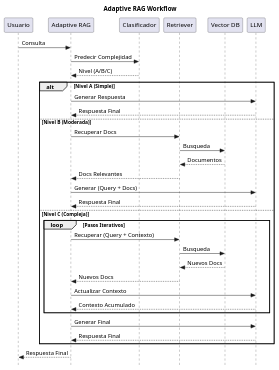
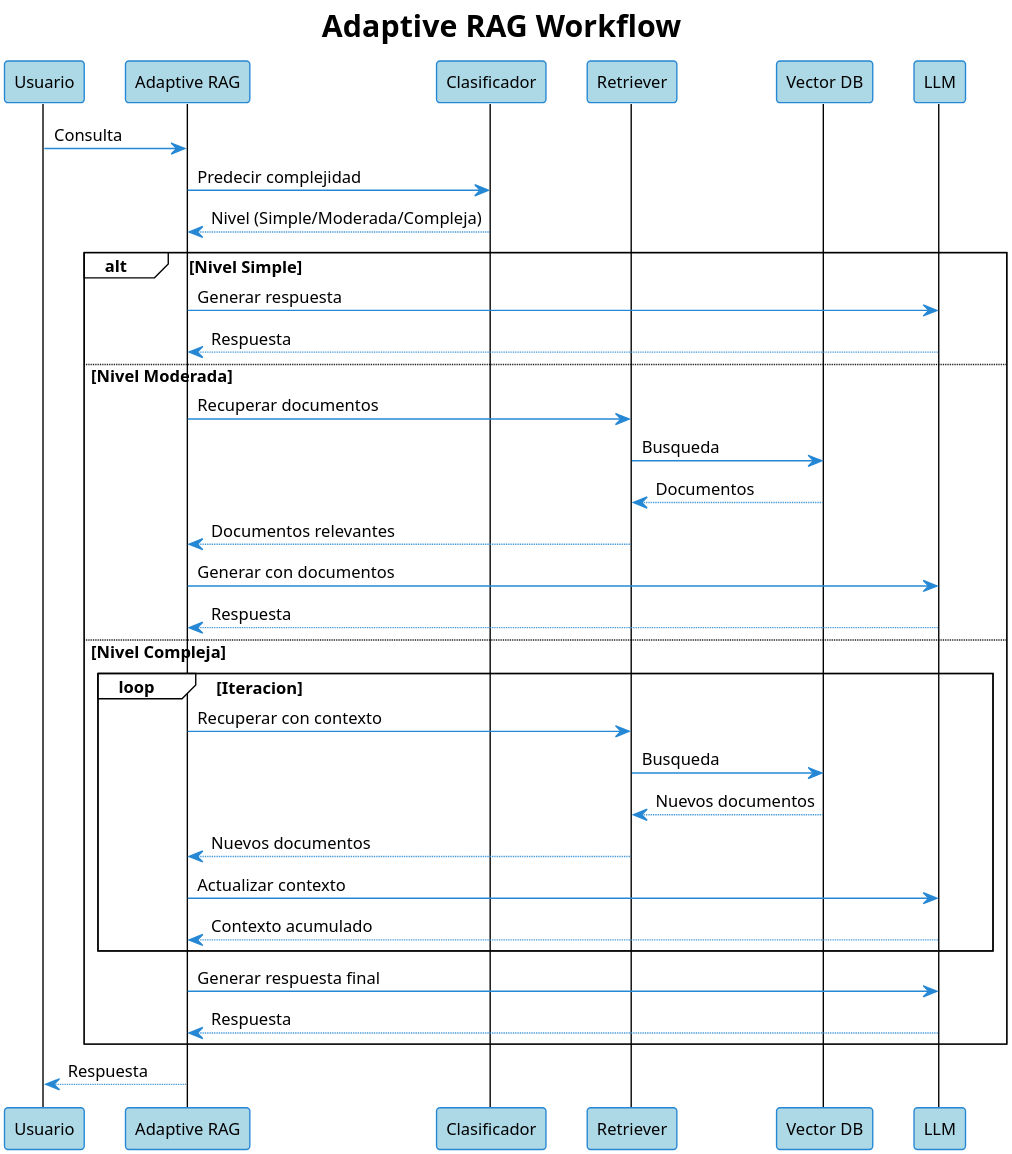
Before and after one commit to carloss4dv/langagent: the diagram in diagrams/adaptive_rag.puml, drawn with PlantUML. The commit also changed 44 other files, not shown here.

```diff
--- a/diagrams/adaptive_rag.puml
+++ b/diagrams/adaptive_rag.puml
@@ -1,42 +1,61 @@
-@startuml
-skinparam style strictuml
+@startuml "Workflow de Adaptive RAG"
+' Mejora la legibilidad y la calidad de la imagen para documentos.
+!theme plain
+skinparam {
+    dpi 300
+    shadowing false
+    backgroundColor transparent
+    defaultFontName "Arial"
+    defaultFontSize 12
+
+    sequence {
+        participantBorderColor #2688d4
+        participantBackgroundColor #add8e6
+        actorBorderColor #2688d4
+        actorBackgroundColor #ffdead
+    }
+
+    arrow {
+        color #2688d4
+    }
+}
 
 title Adaptive RAG Workflow
 
 participant "Usuario" as User
 participant "Adaptive RAG" as System
 participant "Clasificador" as Class
 participant "Retriever" as Ret
 participant "Vector DB" as DB
 participant "LLM" as Gen
 
 User -> System: Consulta
-System -> Class: Predecir Complejidad
-Class --> System: Nivel (A/B/C)
+System -> Class: Predecir complejidad
+Class --> System: Nivel (Simple/Moderada/Compleja)
 
-alt Nivel A (Simple)
-    System -> Gen: Generar Respuesta
-    Gen --> System: Respuesta Final
-else Nivel B (Moderada)
-    System -> Ret: Recuperar Docs
+alt Nivel Simple
+    System -> Gen: Generar respuesta
+    Gen --> System: Respuesta
+else Nivel Moderada
+    System -> Ret: Recuperar documentos
     Ret -> DB: Busqueda
     DB --> Ret: Documentos
-    Ret --> System: Docs Relevantes
-    System -> Gen: Generar (Query + Docs)
-    Gen --> System: Respuesta Final
-else Nivel C (Compleja)
-    loop Pasos Iterativos
-        System -> Ret: Recuperar (Query + Contexto)
+    Ret --> System: Documentos relevantes
+    System -> Gen: Generar con documentos
+    Gen --> System: Respuesta
+else Nivel Compleja
+    loop Iteracion
+        System -> Ret: Recuperar con contexto
         Ret -> DB: Busqueda
-        DB --> Ret: Nuevos Docs
-        Ret --> System: Nuevos Docs
-        System -> Gen: Actualizar Contexto
-        Gen --> System: Contexto Acumulado
+        DB --> Ret: Nuevos documentos
+        Ret --> System: Nuevos documentos
+        System -> Gen: Actualizar contexto
+        Gen --> System: Contexto acumulado
     end
-    System -> Gen: Generar Final
-    Gen --> System: Respuesta Final
+    System -> Gen: Generar respuesta final
+    Gen --> System: Respuesta
 end
 
-System --> User: Respuesta Final
+System --> User: Respuesta
 
 @enduml
```
